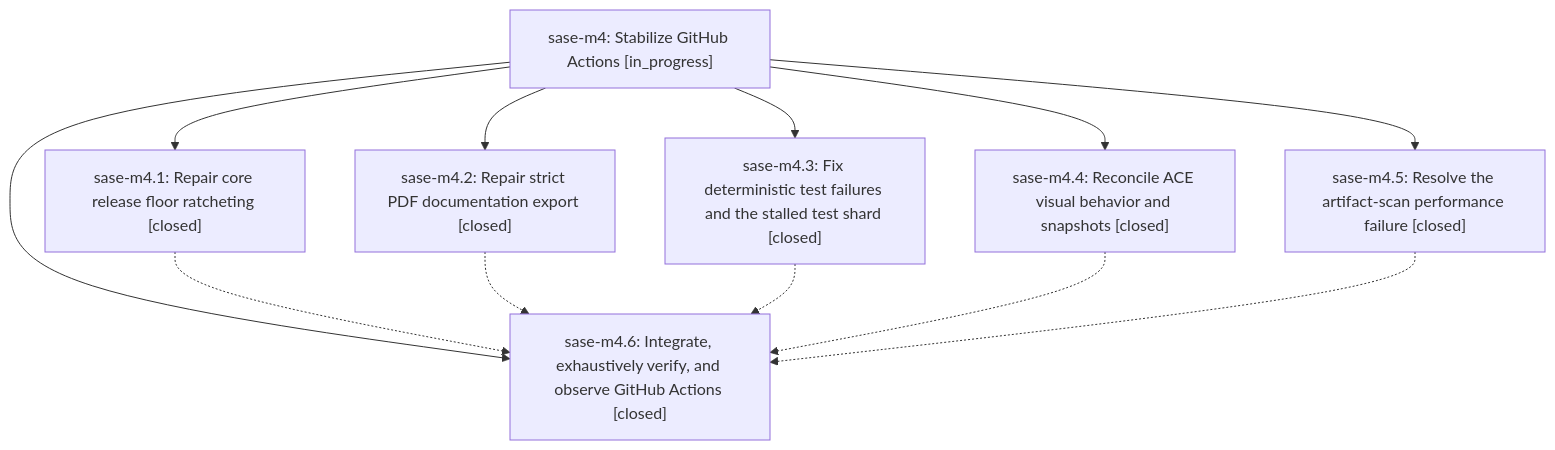
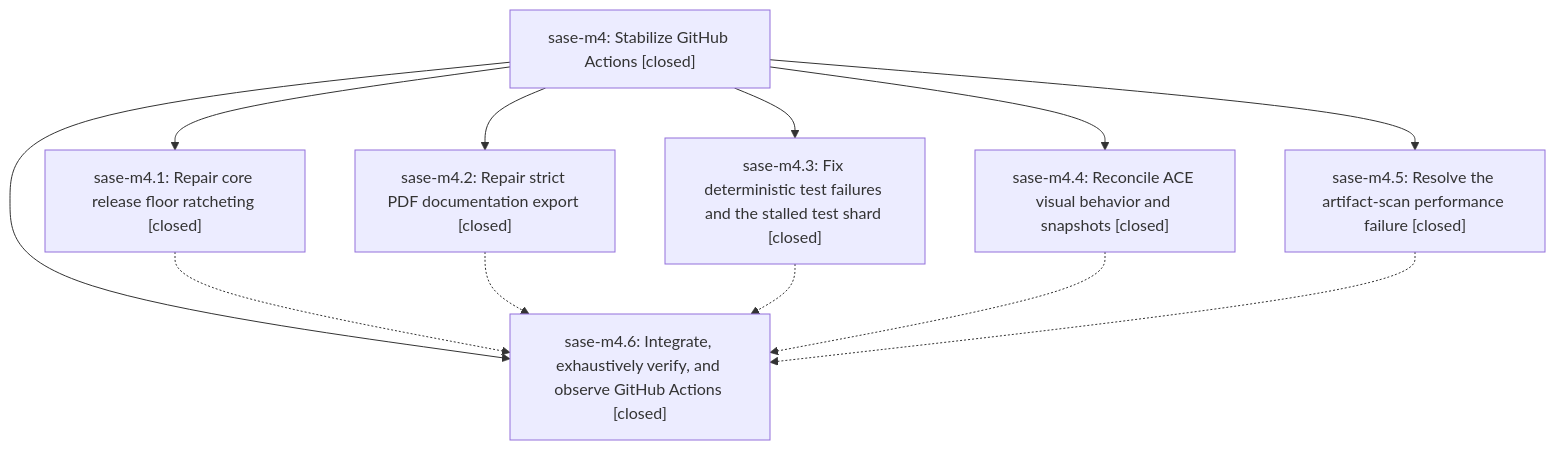
Before and after one commit to sase-org/sase--beads: the diagram in pages/sase-m4/README.md, drawn with Mermaid. The commit also changed other lines of this file and 1 other file, not shown here.

First line of the commit message:
chore(beads): sync bead state and pages for sase-m4

````diff
--- a/pages/sase-m4/README.md
+++ b/pages/sase-m4/README.md
@@ -27,21 +33,21 @@
 ```mermaid
 flowchart TD
-    n0["sase-m4: Stabilize GitHub Actions [in_progress]"]
+    n0["sase-m4: Stabilize GitHub Actions [closed]"]
     n1["sase-m4.1: Repair core release floor ratcheting [closed]"]
     n2["sase-m4.2: Repair strict PDF documentation export [closed]"]
     n3["sase-m4.3: Fix deterministic test failures and the stalled test shard [closed]"]
     n4["sase-m4.4: Reconcile ACE visual behavior and snapshots [closed]"]
     n5["sase-m4.5: Resolve the artifact-scan performance failure [closed]"]
     n6["sase-m4.6: Integrate, exhaustively verify, and observe GitHub Actions [closed]"]
     n0 --> n1
     n0 --> n2
     n0 --> n3
     n0 --> n4
     n0 --> n5
     n0 --> n6
     n1 -.-> n6
     n2 -.-> n6
     n3 -.-> n6
     n4 -.-> n6
     n5 -.-> n6
 ```
````
